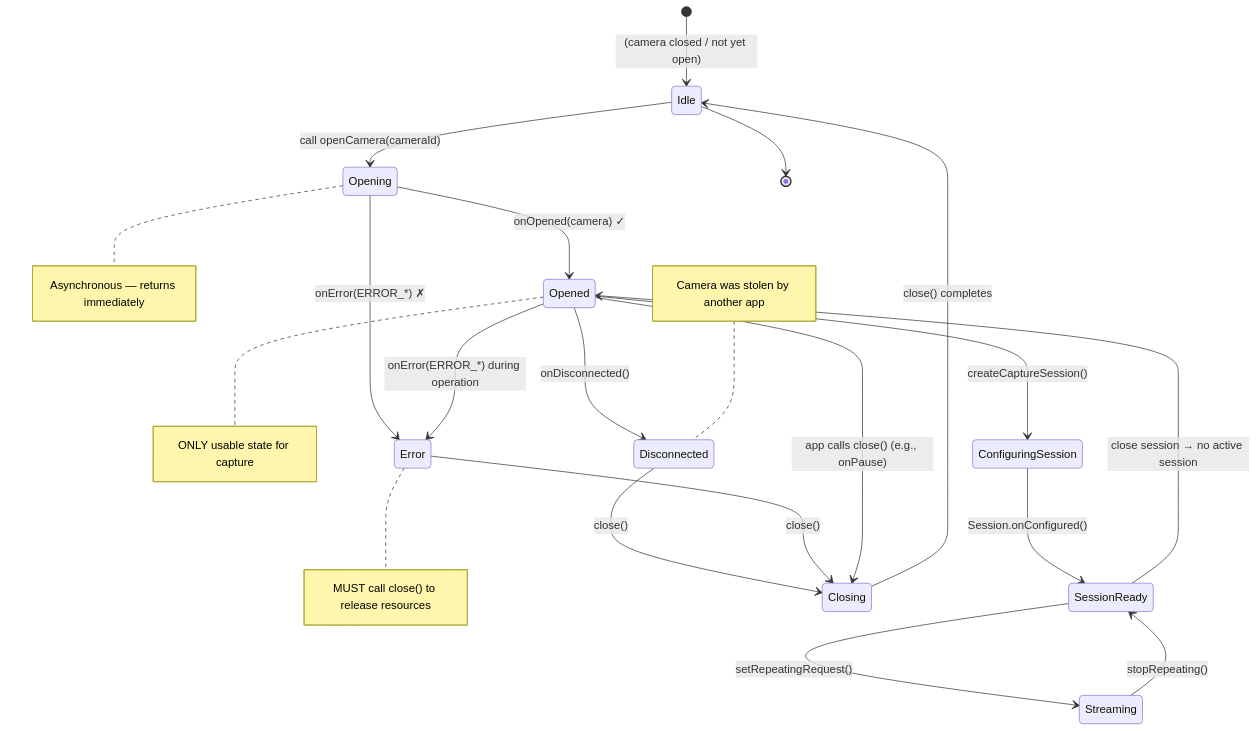
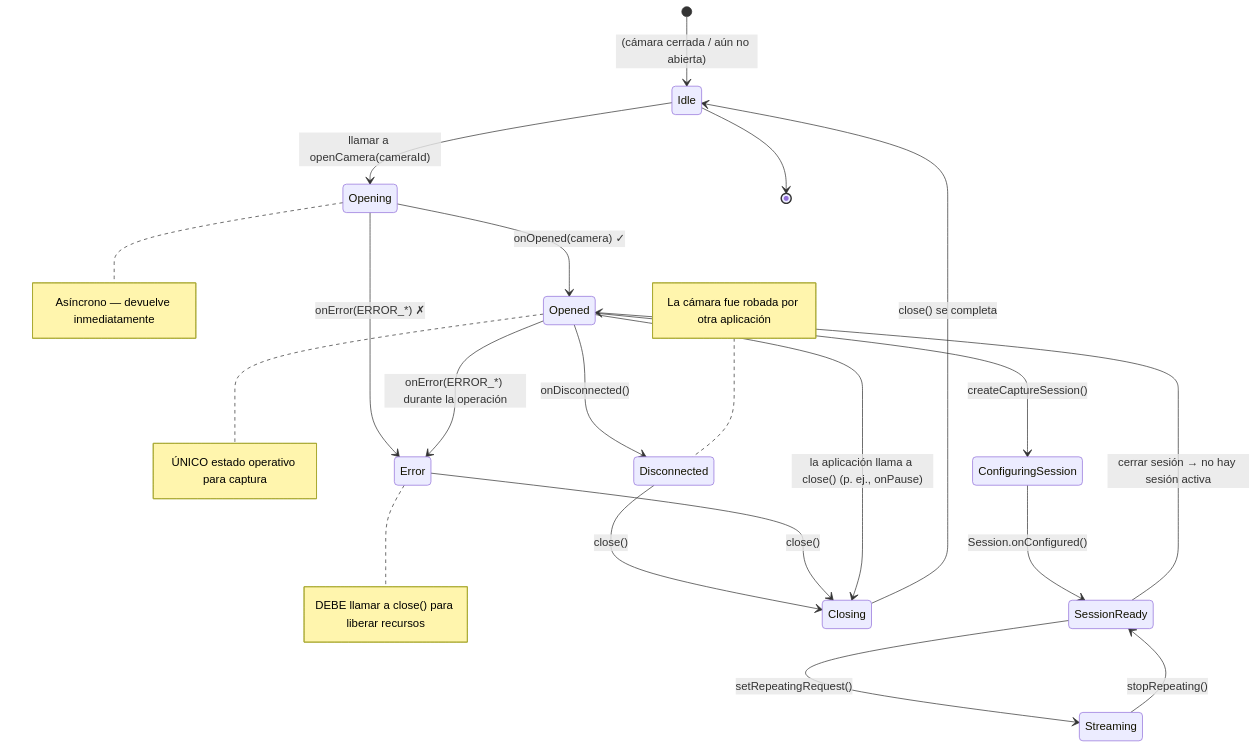
Before and after one commit to zoozooll/AndroidCameraParameters: the diagram in website/i18n/es/docusaurus-plugin-content-docs/current/camera2/opening-a-camera.md, drawn with Mermaid. The commit also changed other lines of this file and 378 other files, not shown here.

````diff
--- a/website/i18n/es/docusaurus-plugin-content-docs/current/camera2/opening-a-camera.md
+++ b/website/i18n/es/docusaurus-plugin-content-docs/current/camera2/opening-a-camera.md
@@ -66,24 +66,24 @@
 ```mermaid
 stateDiagram-v2
-    [*] --> Idle : (camera closed / not yet open)
-    Idle --> Opening : call openCamera(cameraId)
+    [*] --> Idle : (cámara cerrada / aún no abierta)
+    Idle --> Opening : llamar a openCamera(cameraId)
     Opening --> Opened : onOpened(camera) ✓
     Opening --> Error : onError(ERROR_*) ✗
     Opened --> ConfiguringSession : createCaptureSession()
     ConfiguringSession --> SessionReady : Session.onConfigured()
     SessionReady --> Streaming : setRepeatingRequest()
     Streaming --> SessionReady : stopRepeating()
-    SessionReady --> Opened : close session → no active session
+    SessionReady --> Opened : cerrar sesión → no hay sesión activa
     Opened --> Disconnected : onDisconnected()
-    Opened --> Error : onError(ERROR_*) during operation
+    Opened --> Error : onError(ERROR_*) durante la operación
     Disconnected --> Closing : close()
     Error --> Closing : close()
-    Opened --> Closing : app calls close() (e.g., onPause)
-    Closing --> Idle : close() completes
+    Opened --> Closing : la aplicación llama a close() (p. ej., onPause)
+    Closing --> Idle : close() se completa
     Idle --> [*]
 
-    note right of Opening : Asynchronous — returns immediately
-    note right of Opened : ONLY usable state for capture
-    note right of Error : MUST call close() to release resources
-    note left of Disconnected : Camera was stolen by another app
+    note right of Opening : Asíncrono — devuelve inmediatamente
+    note right of Opened : ÚNICO estado operativo para captura
+    note right of Error : DEBE llamar a close() para liberar recursos
+    note left of Disconnected : La cámara fue robada por otra aplicación
 ```
````
